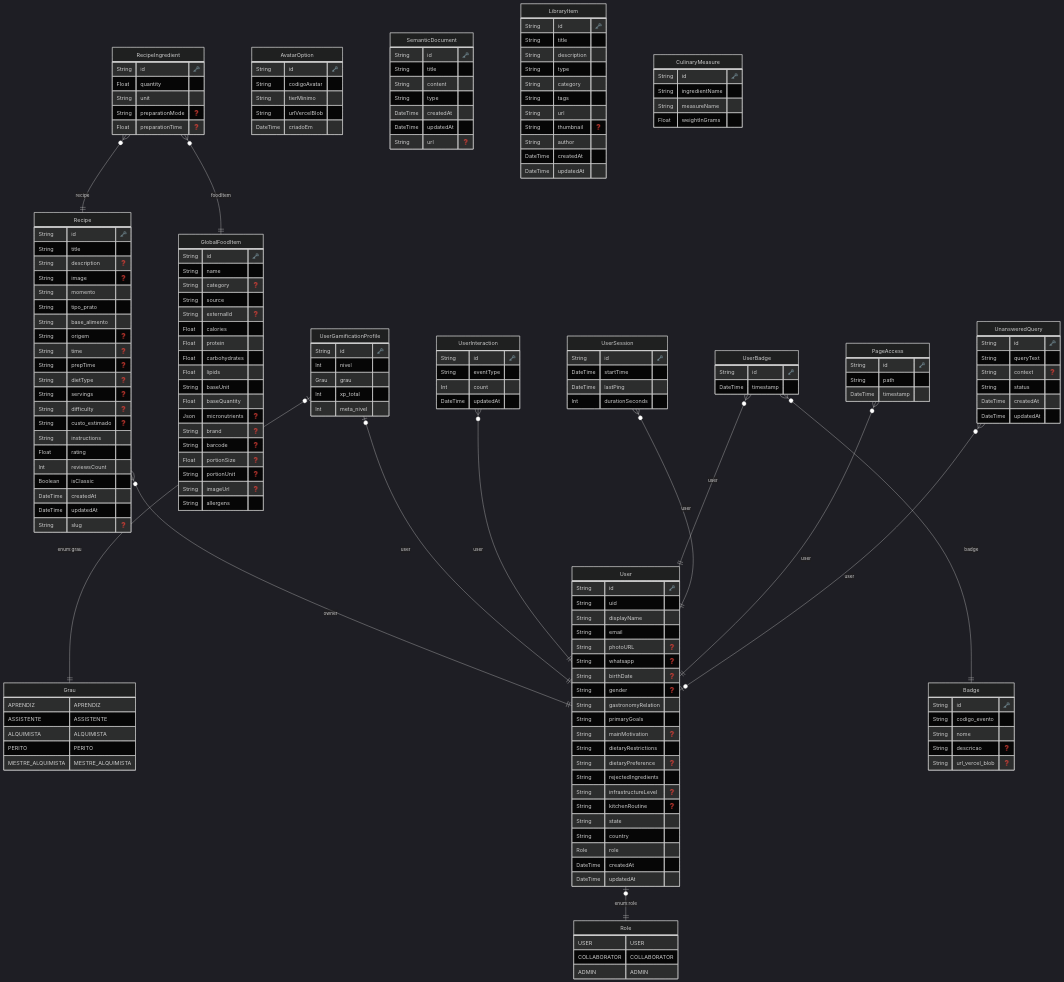
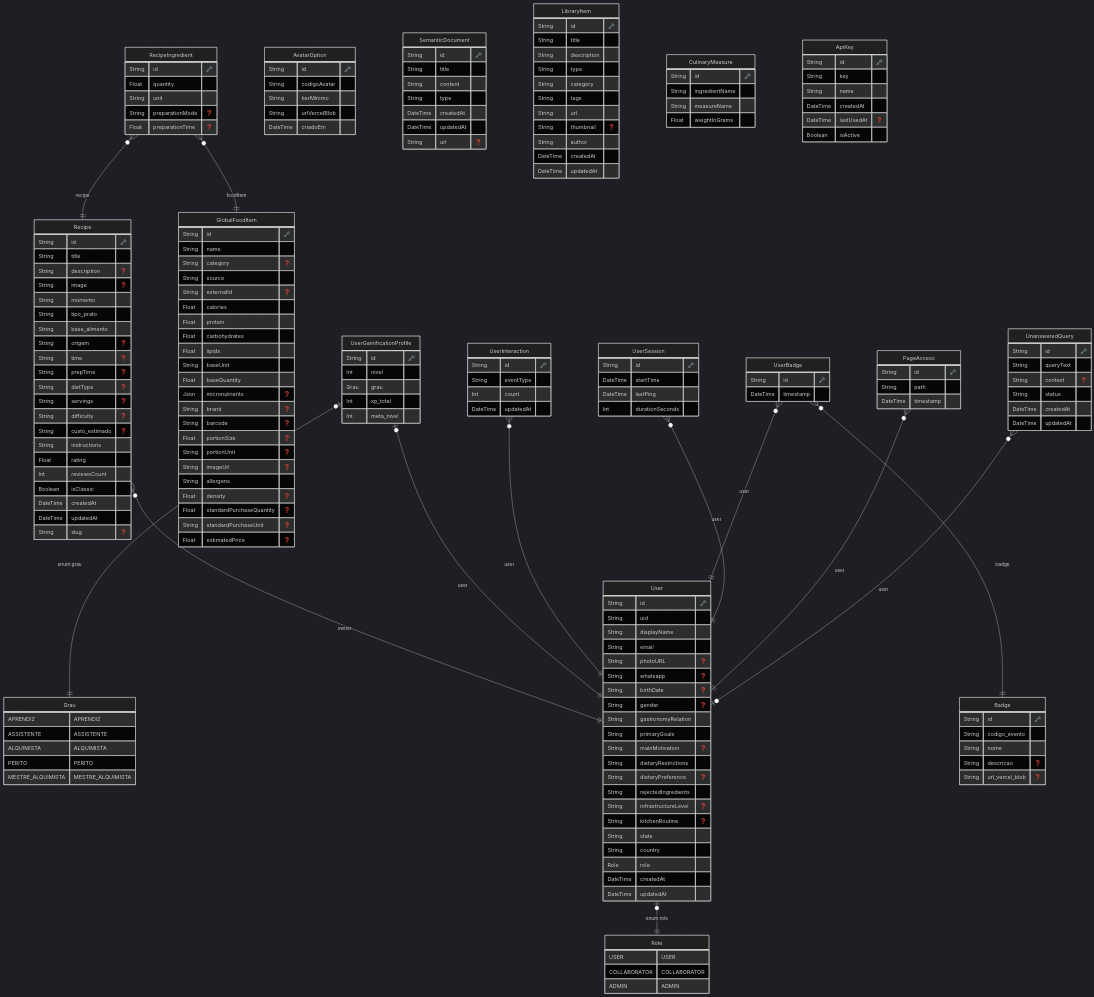
One commit to Sarge2024/alchemist changed the diagram in specs/ERD.md. Above: the diagram before and after it, drawn with Mermaid (dark theme). The commit also changed 27 other files, not shown here.

Commit message:
feat: implement modularized API architecture with dedicated routers, authentication middleware, and file upload services

```diff
--- a/specs/ERD.md
+++ b/specs/ERD.md
@@ -86,6 +86,10 @@
     String portionUnit "❓"
     String imageUrl "❓"
     String allergens 
+    Float density "❓"
+    Float standardPurchaseQuantity "❓"
+    String standardPurchaseUnit "❓"
+    Float estimatedPrice "❓"
     }
   
 
@@ -197,6 +201,16 @@
     Float weightInGrams 
     }
   
+
+  "ApiKey" {
+    String id "🗝️"
+    String key 
+    String name 
+    DateTime createdAt 
+    DateTime lastUsedAt "❓"
+    Boolean isActive 
+    }
+  
     "User" |o--|| "Role" : "enum:role"
     "Recipe" }o--|| "User" : "owner"
     "RecipeIngredient" }o--|| "GlobalFoodItem" : "foodItem"
```
